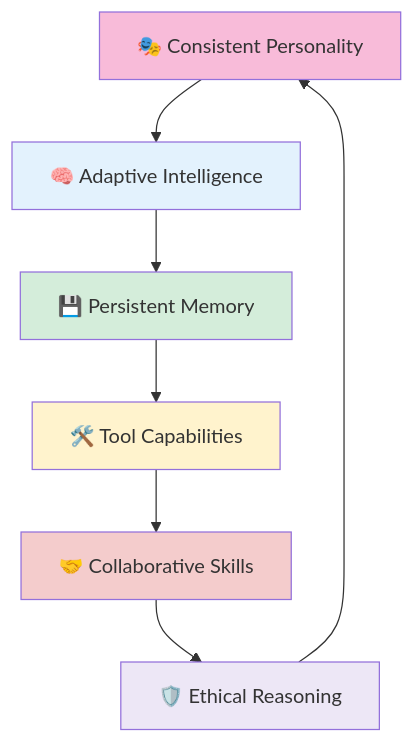
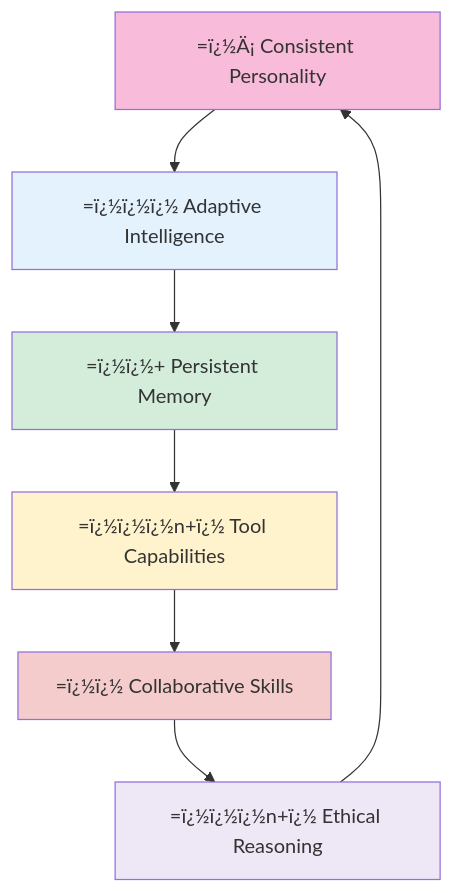
Before and after one commit to framersai/agentos-live-docs: the third of 15 diagrams in packages/agentos/docs/ARCHITECTURE.md, drawn with Mermaid. The commit also changed other lines of this file and 47 other files, not shown here.

````diff
--- a/packages/agentos/docs/ARCHITECTURE.md
+++ b/packages/agentos/docs/ARCHITECTURE.md
@@ -141,16 +149,16 @@
 ```mermaid
 graph TD
-    A[🎭 Consistent Personality] --> B[🧠 Adaptive Intelligence]
-    B --> C[💾 Persistent Memory]
-    C --> D[🛠️ Tool Capabilities]
-    D --> E[🤝 Collaborative Skills]
-    E --> F[🛡️ Ethical Reasoning]
+    A[=ï¿½Ä¡ Consistent Personality] --> B[=ï¿½ï¿½ï¿½ Adaptive Intelligence]
+    B --> C[=ï¿½ï¿½+ Persistent Memory]
+    C --> D[=ï¿½ï¿½ï¿½n+ï¿½ Tool Capabilities]
+    D --> E[=ï¿½ï¿½ Collaborative Skills]
+    E --> F[=ï¿½ï¿½ï¿½n+ï¿½ Ethical Reasoning]
     F --> A
     
     style A fill:#f8bbd9
     style B fill:#e3f2fd
     style C fill:#d4edda
     style D fill:#fff3cd
     style E fill:#f4cccc
     style F fill:#ede7f6
 ```
````
